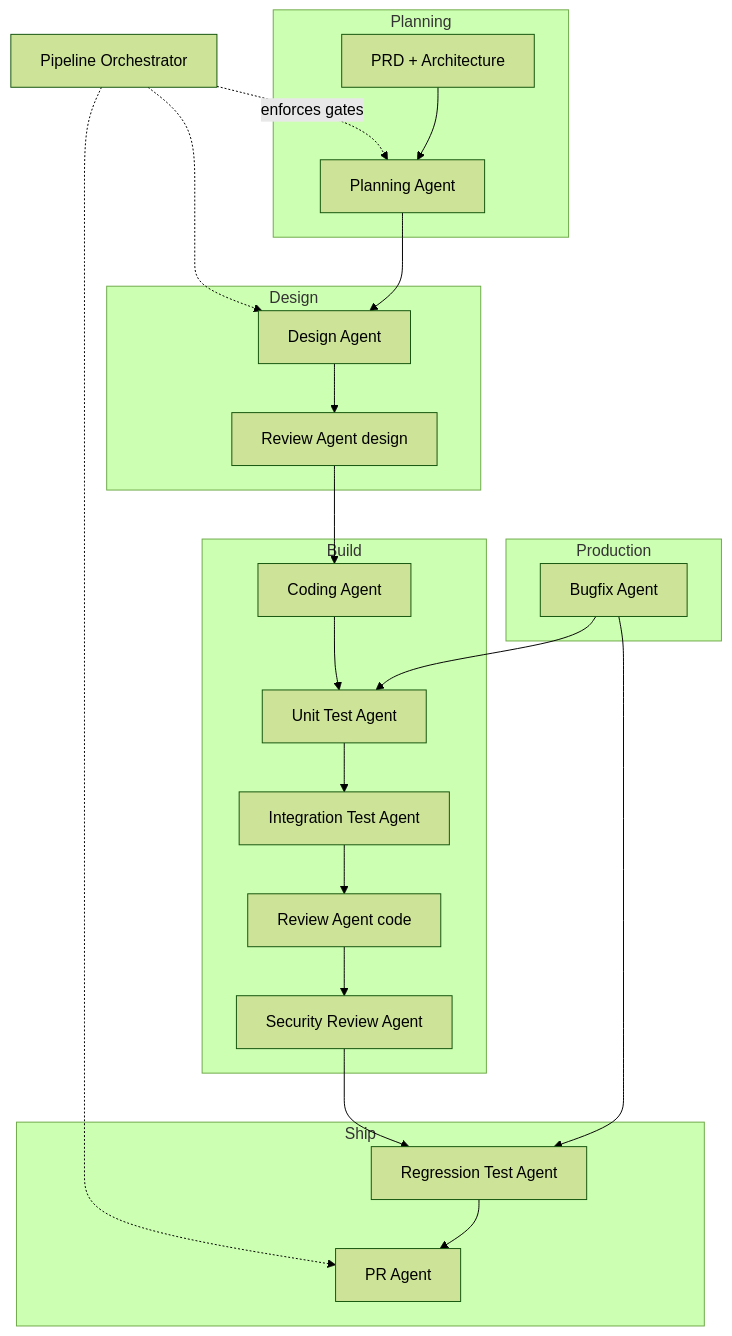
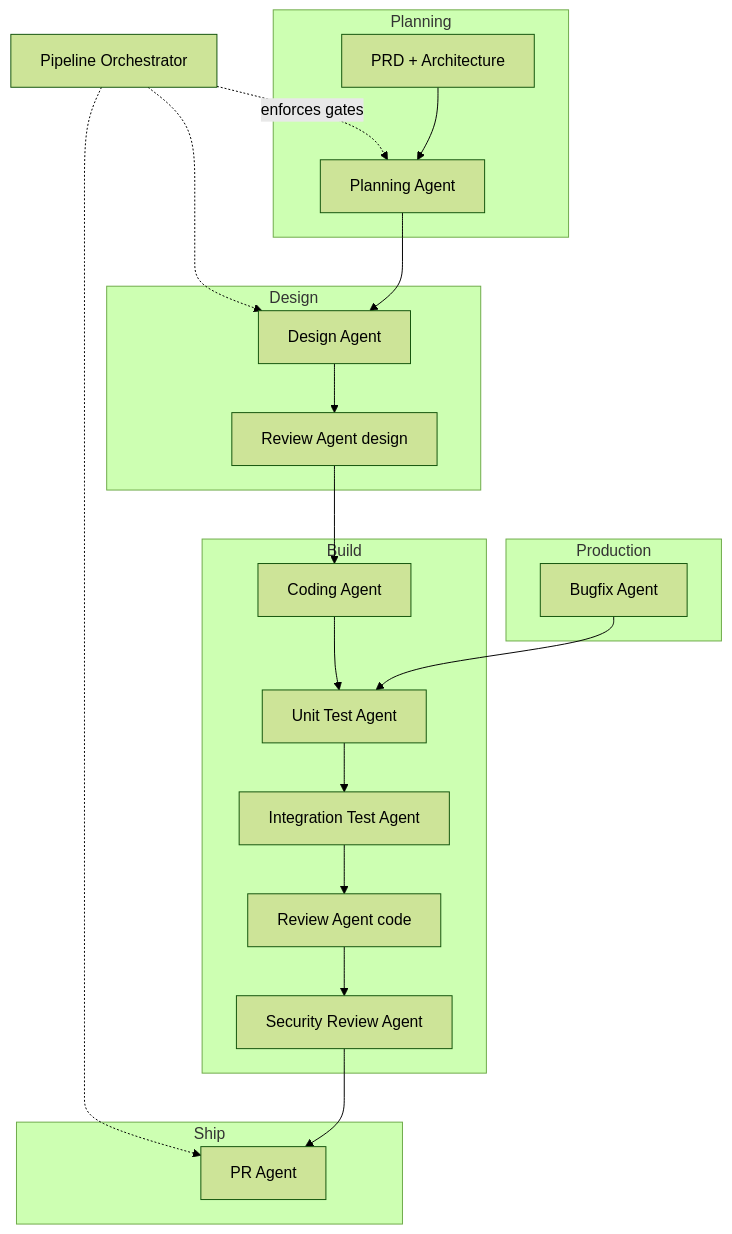
Before and after one commit to cpattanaik/agents: the diagram in .cursor/skills/README.md, drawn with Mermaid (forest theme). The commit also changed other lines of this file and 9346 other files, not shown here.

````diff
--- a/.cursor/skills/README.md
+++ b/.cursor/skills/README.md
@@ -30,41 +30,38 @@
 ```mermaid
 flowchart TB
     subgraph plan [Planning]
         PRD[PRD + Architecture]
         PlanningAgent[Planning Agent]
     end
     subgraph design [Design]
         DesignAgent[Design Agent]
         DesignReview[Review Agent design]
     end
     subgraph build [Build]
         CodingAgent[Coding Agent]
         UnitTest[Unit Test Agent]
         IntTest[Integration Test Agent]
         CodeReview[Review Agent code]
         Security[Security Review Agent]
     end
     subgraph ship [Ship]
-        Regression[Regression Test Agent]
         PRAgent[PR Agent]
     end
     subgraph prod [Production]
         Bugfix[Bugfix Agent]
     end
     Orchestrator[Pipeline Orchestrator] -.->|enforces gates| PlanningAgent
     Orchestrator -.-> DesignAgent
     Orchestrator -.-> PRAgent
 
     PRD --> PlanningAgent
     PlanningAgent --> DesignAgent
     DesignAgent --> DesignReview
     DesignReview --> CodingAgent
     CodingAgent --> UnitTest
     UnitTest --> IntTest
     IntTest --> CodeReview
     CodeReview --> Security
-    Security --> Regression
-    Regression --> PRAgent
+    Security --> PRAgent
     Bugfix --> UnitTest
-    Bugfix --> Regression
 ```
````
